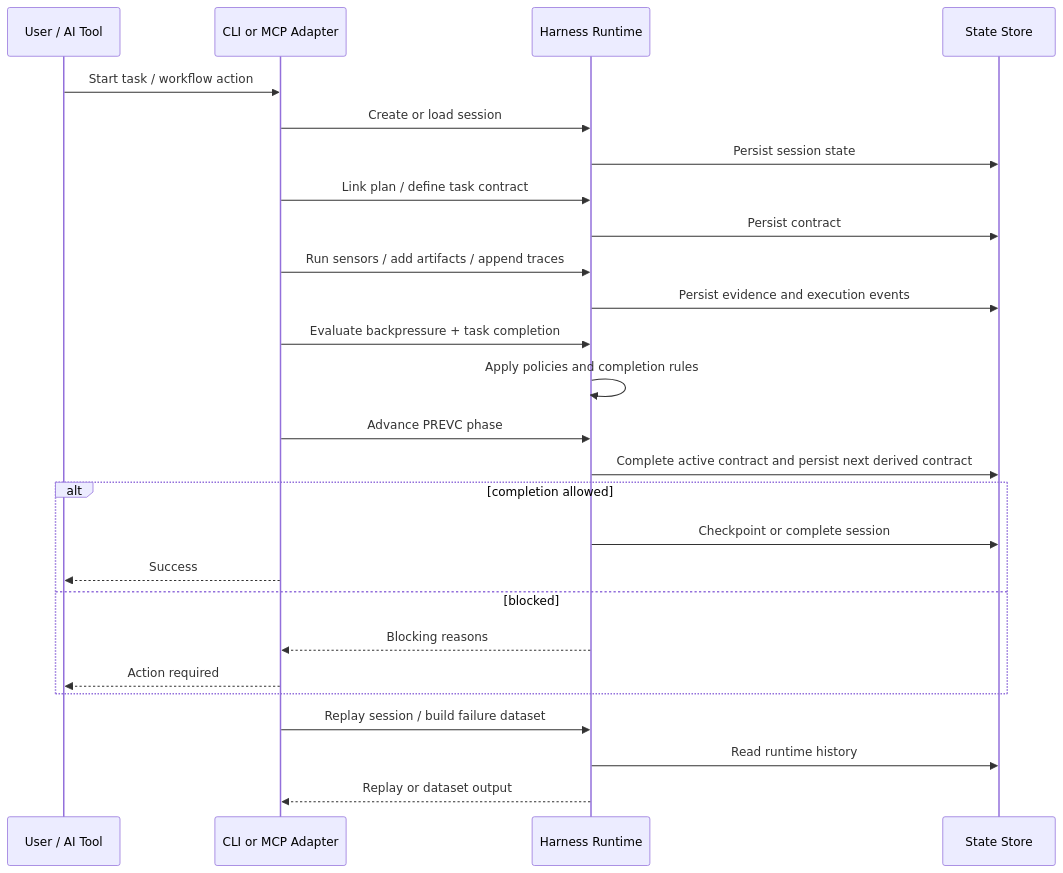
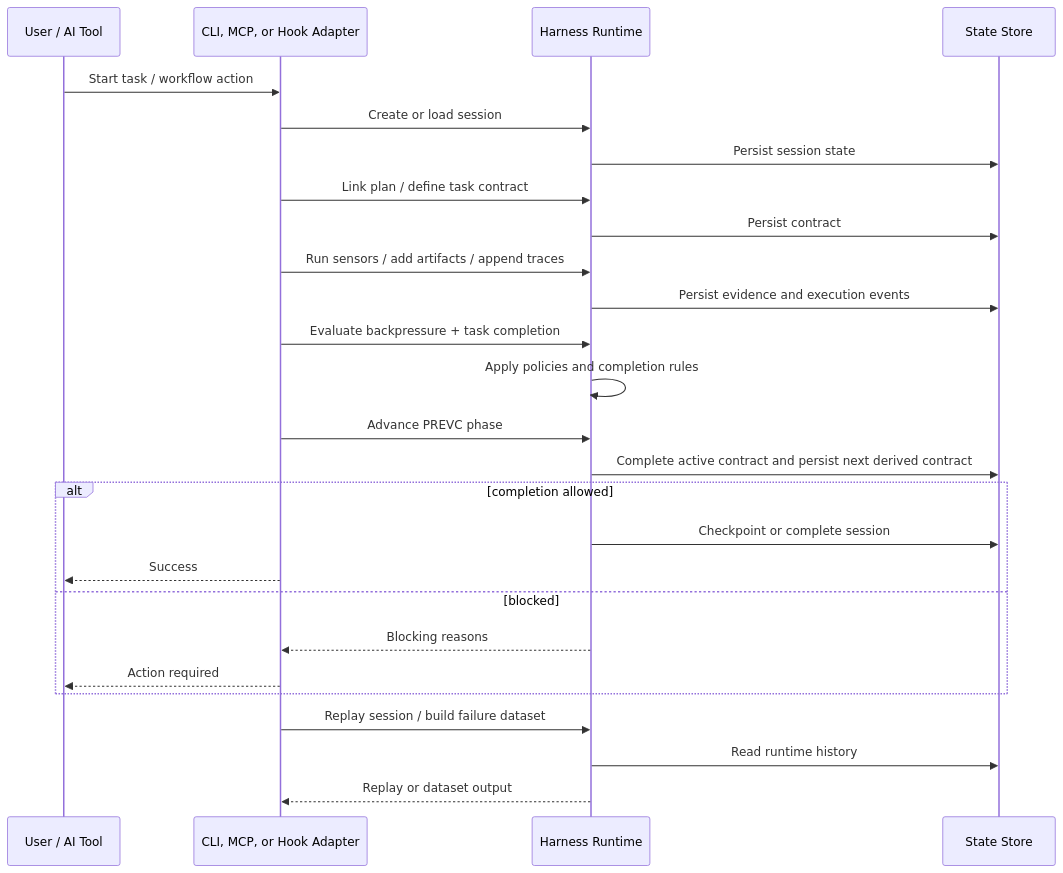
One commit to vinilana/dotcontext changed the second of 4 diagrams in ARCHITECTURE.md. Above: the diagram before and after it, drawn with Mermaid. The commit also changed other lines of this file and 3 other files, not shown here.

Commit message:
docs(architecture): define service-free source layout

````diff
--- a/ARCHITECTURE.md
+++ b/ARCHITECTURE.md
@@ -102,35 +128,35 @@
 ```mermaid
 sequenceDiagram
     participant U as User / AI Tool
-    participant A as CLI or MCP Adapter
+    participant A as CLI, MCP, or Hook Adapter
     participant H as Harness Runtime
     participant S as State Store
 
     U->>A: Start task / workflow action
     A->>H: Create or load session
     H->>S: Persist session state
 
     A->>H: Link plan / define task contract
     H->>S: Persist contract
 
     A->>H: Run sensors / add artifacts / append traces
     H->>S: Persist evidence and execution events
 
     A->>H: Evaluate backpressure + task completion
     H->>H: Apply policies and completion rules
 
     A->>H: Advance PREVC phase
     H->>S: Complete active contract and persist next derived contract
 
     alt completion allowed
         H->>S: Checkpoint or complete session
         A-->>U: Success
     else blocked
         H-->>A: Blocking reasons
         A-->>U: Action required
     end
 
     A->>H: Replay session / build failure dataset
     H->>S: Read runtime history
     H-->>A: Replay or dataset output
 ```
````
